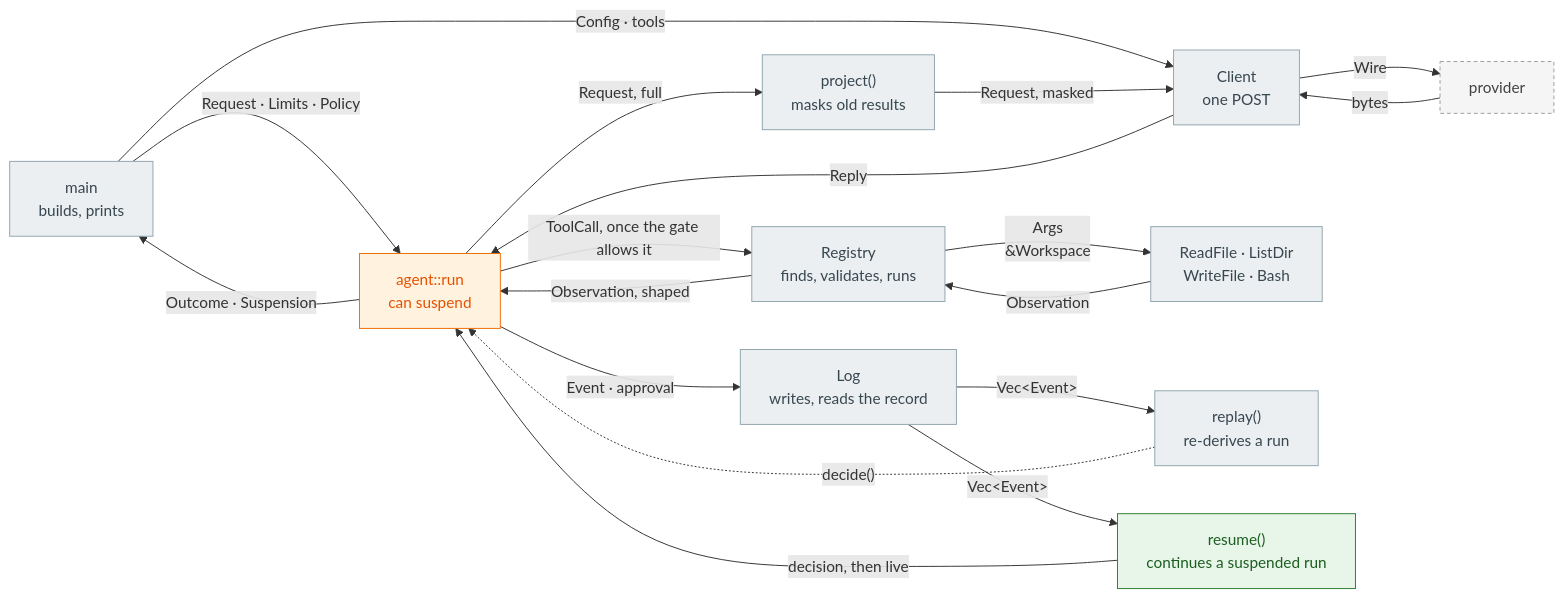
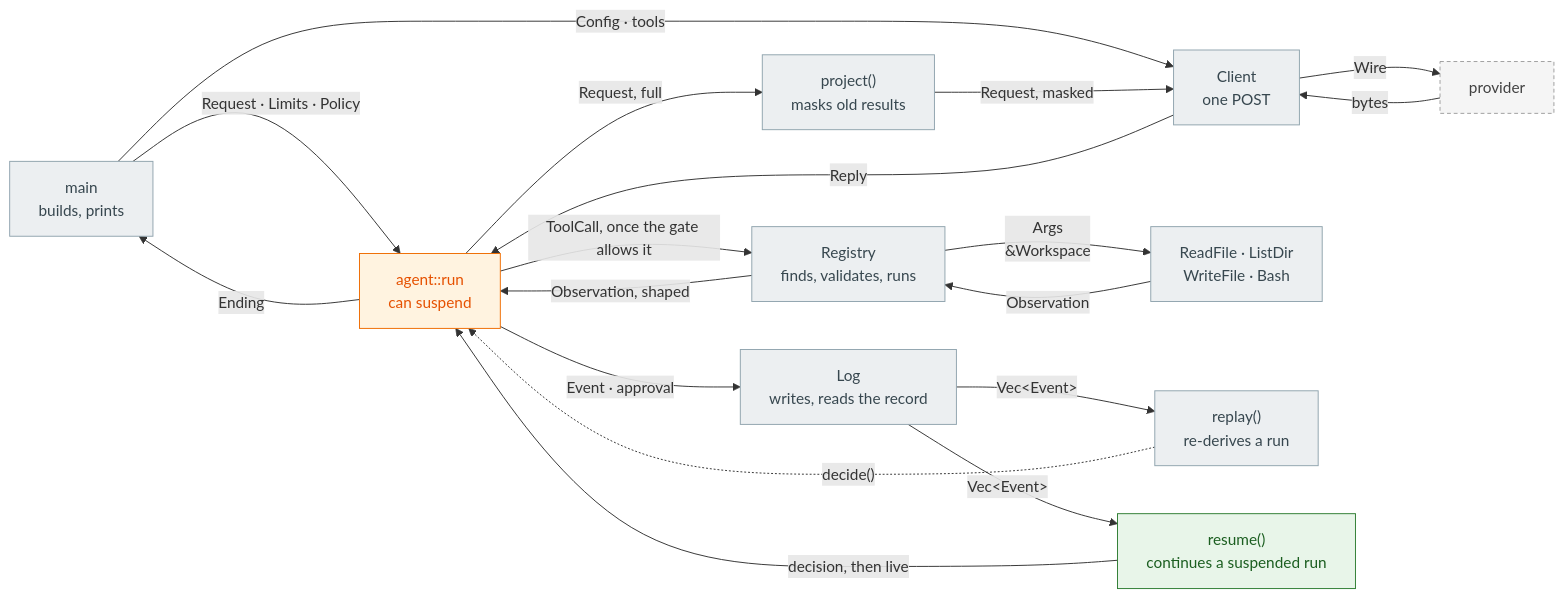
Before and after one commit to skinssong/my_harness: the diagram in diagrams/p5-structs.mmd, drawn with Mermaid. The commit also changed 3 other files, not shown here.

```diff
--- a/diagrams/p5-structs.mmd
+++ b/diagrams/p5-structs.mmd
@@ -1,34 +1,34 @@
 flowchart LR
     MAIN["main<br/>builds, prints"]:::existing
     LOOP["agent::run<br/>can suspend"]:::changed
     CLIENT["Client<br/>one POST"]:::existing
     REG["Registry<br/>finds, validates, runs"]:::existing
     TOOLS["ReadFile · ListDir<br/>WriteFile · Bash"]:::existing
     LOG["Log<br/>writes, reads the record"]:::existing
     REPLAY["replay()<br/>re-derives a run"]:::existing
     PROJECT["project()<br/>masks old results"]:::existing
     RESUME["resume()<br/>continues a suspended run"]:::added
     PROV["provider"]:::external
 
     MAIN -->|"Request · Limits · Policy"| LOOP
     MAIN -->|"Config · tools"| CLIENT
     LOOP -->|"Request, full"| PROJECT
     PROJECT -->|"Request, masked"| CLIENT
     CLIENT -->|"Wire"| PROV
     PROV -->|"bytes"| CLIENT
     CLIENT -->|"Reply"| LOOP
     LOOP -->|"ToolCall, once the gate allows it"| REG
     REG -->|"Args<br/>&amp;Workspace"| TOOLS
     TOOLS -->|"Observation"| REG
     REG -->|"Observation, shaped"| LOOP
-    LOOP -->|"Outcome · Suspension"| MAIN
+    LOOP -->|"Ending"| MAIN
     LOOP -->|"Event · approval"| LOG
     LOG -->|"Vec&lt;Event&gt;"| REPLAY
     REPLAY -. "decide()" .-> LOOP
     LOG -->|"Vec&lt;Event&gt;"| RESUME
     RESUME -->|"decision, then live"| LOOP
 
     classDef existing fill:#ECEFF1,stroke:#90A4AE,color:#37474F
     classDef added fill:#E8F5E9,stroke:#2E7D32,color:#1B5E20
     classDef changed fill:#FFF3E0,stroke:#EF6C00,color:#E65100
     classDef external fill:#F5F5F5,stroke:#9E9E9E,color:#424242,stroke-dasharray:4 3
```
